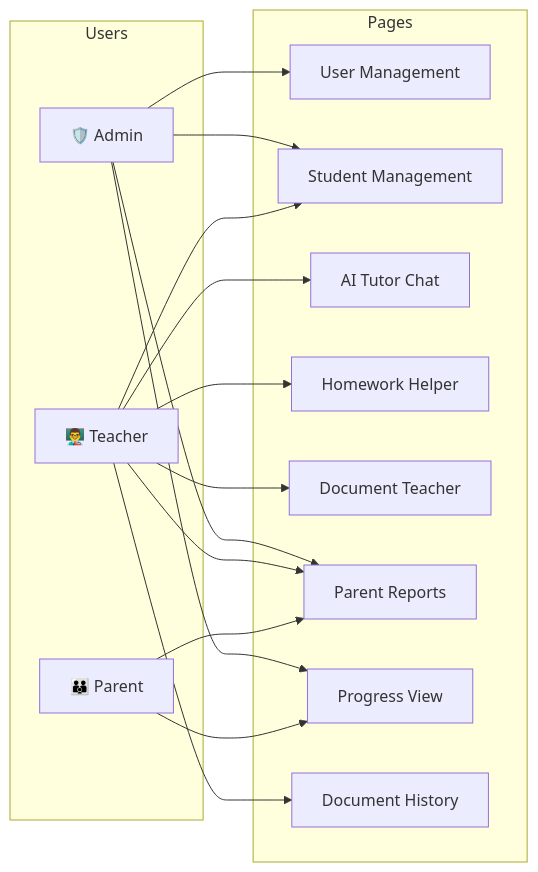
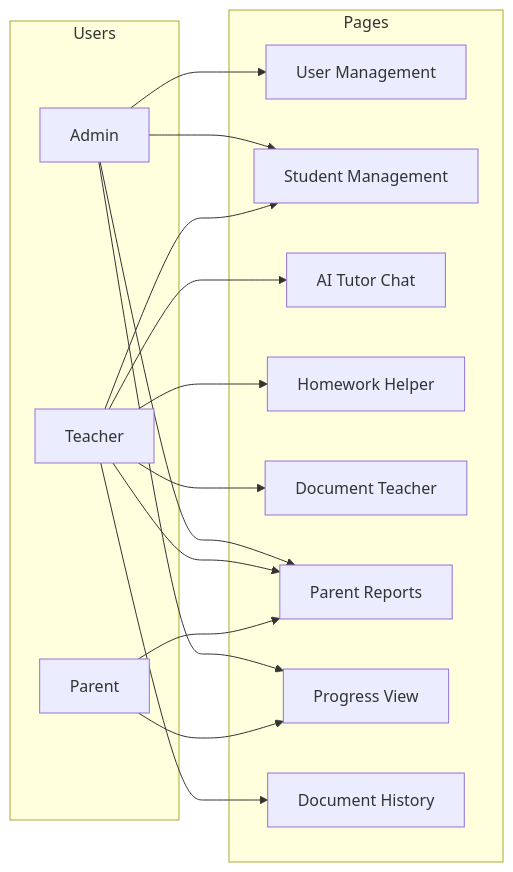
One commit to bkumars22/ARIA changed the fourth of 5 diagrams in README.md. Above: the diagram before and after it, drawn with Mermaid. The commit also changed other lines of this file, not shown here.

````diff
--- a/README.md
+++ b/README.md
@@ -355,34 +353,34 @@
 ```mermaid
 graph LR
     subgraph Users
-        Admin["🛡️ Admin"]
-        Teacher["👨‍🏫 Teacher"]
-        Parent["👪 Parent"]
+        Admin["Admin"]
+        Teacher["Teacher"]
+        Parent["Parent"]
     end
 
     subgraph Pages
         UserMgmt["User Management"]
         StudentMgmt["Student Management"]
         TutorPage["AI Tutor Chat"]
         HWPage["Homework Helper"]
         DocPage["Document Teacher"]
         ReportsPage["Parent Reports"]
         ProgressPage["Progress View"]
         HistoryPage["Document History"]
     end
 
     Admin --> UserMgmt
     Admin --> StudentMgmt
     Admin --> ReportsPage
     Admin --> ProgressPage
 
     Teacher --> StudentMgmt
     Teacher --> TutorPage
     Teacher --> HWPage
     Teacher --> DocPage
     Teacher --> ReportsPage
     Teacher --> HistoryPage
 
     Parent --> ProgressPage
     Parent --> ReportsPage
 ```
````
